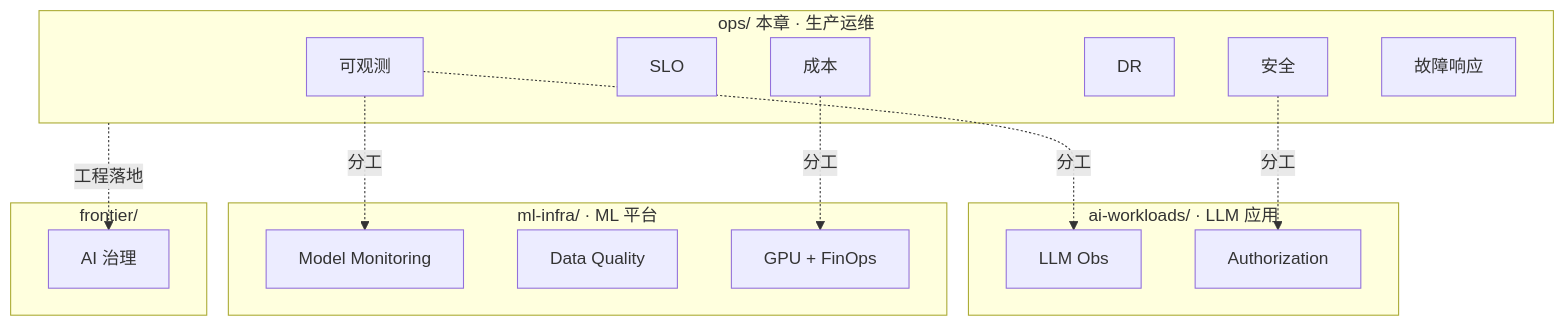
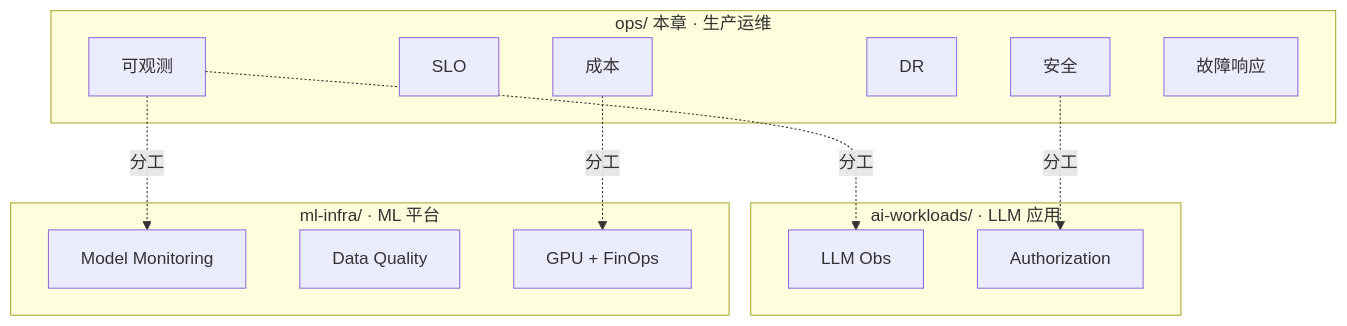
The diagram in docs/ops/index.md (wangyong9999/lakehouse-wiki), drawn with Mermaid before and after one commit. The commit also changed other lines of this file and 59 other files, not shown here.

````diff
--- a/docs/ops/index.md
+++ b/docs/ops/index.md
@@ -209,32 +209,27 @@
 ```mermaid
 flowchart TB
   subgraph ops["ops/ 本章 · 生产运维"]
     o_obs[可观测]
     o_slo[SLO]
     o_sec[安全]
     o_dr[DR]
     o_cost[成本]
     o_incident[故障响应]
   end
   
   subgraph aiworkloads["ai-workloads/ · LLM 应用"]
     a_obs[LLM Obs]
     a_auth[Authorization]
   end
   
   subgraph mlinfra["ml-infra/ · ML 平台"]
     m_mon[Model Monitoring]
     m_dq[Data Quality]
     m_gpu[GPU + FinOps]
   end
   
-  subgraph frontier["frontier/"]
-    f_ai[AI 治理]
-  end
-  
   o_obs -.分工.-> a_obs
   o_obs -.分工.-> m_mon
   o_sec -.分工.-> a_auth
   o_cost -.分工.-> m_gpu
-  ops -.工程落地.-> f_ai
 ```
````
